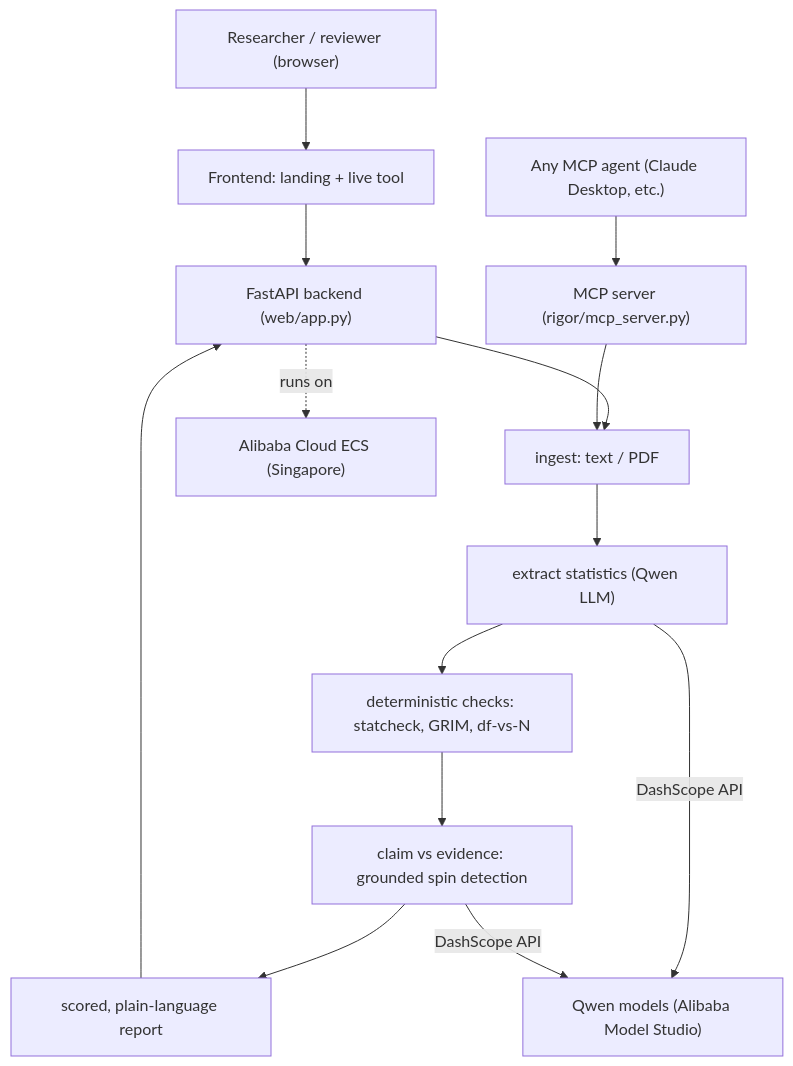
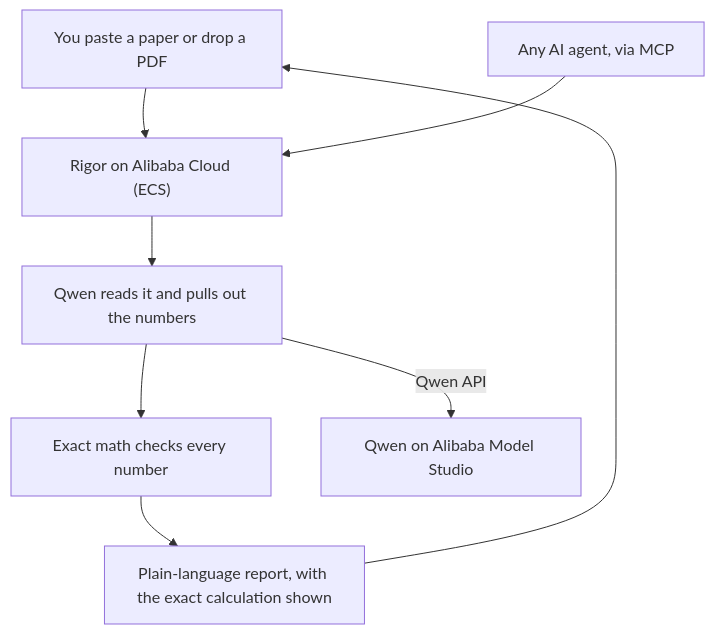
One commit to usv240/rigor changed the diagram in README.md. Above: the diagram before and after it, drawn with Mermaid. The commit also changed other lines of this file and 7 other files, not shown here.

First line of the commit message:
Add ADRs and simplify README architecture diagram

````diff
--- a/README.md
+++ b/README.md
@@ -115,18 +115,10 @@
 ```mermaid
 flowchart TD
-    U["Researcher / reviewer (browser)"] --> FE["Frontend: landing + live tool"]
-    AG["Any MCP agent (Claude Desktop, etc.)"] --> MCP["MCP server (rigor/mcp_server.py)"]
-    FE --> API["FastAPI backend (web/app.py)"]
-
-    API --> ING["ingest: text / PDF"]
-    MCP --> ING
-    ING --> EX["extract statistics (Qwen LLM)"]
-    EX --> CK["deterministic checks: statcheck, GRIM, df-vs-N"]
-    CK --> CM["claim vs evidence: grounded spin detection"]
-    CM --> RP["scored, plain-language report"]
-    RP --> API
-
-    EX -->|DashScope API| Q["Qwen models (Alibaba Model Studio)"]
-    CM -->|DashScope API| Q
-    API -.runs on.-> ECS["Alibaba Cloud ECS (Singapore)"]
+    U["You paste a paper or drop a PDF"] --> API["Rigor on Alibaba Cloud (ECS)"]
+    A["Any AI agent, via MCP"] --> API
+    API --> EX["Qwen reads it and pulls out the numbers"]
+    EX --> CK["Exact math checks every number"]
+    CK --> RP["Plain-language report, with the exact calculation shown"]
+    RP --> U
+    EX -->|Qwen API| Q["Qwen on Alibaba Model Studio"]
 ```
````
